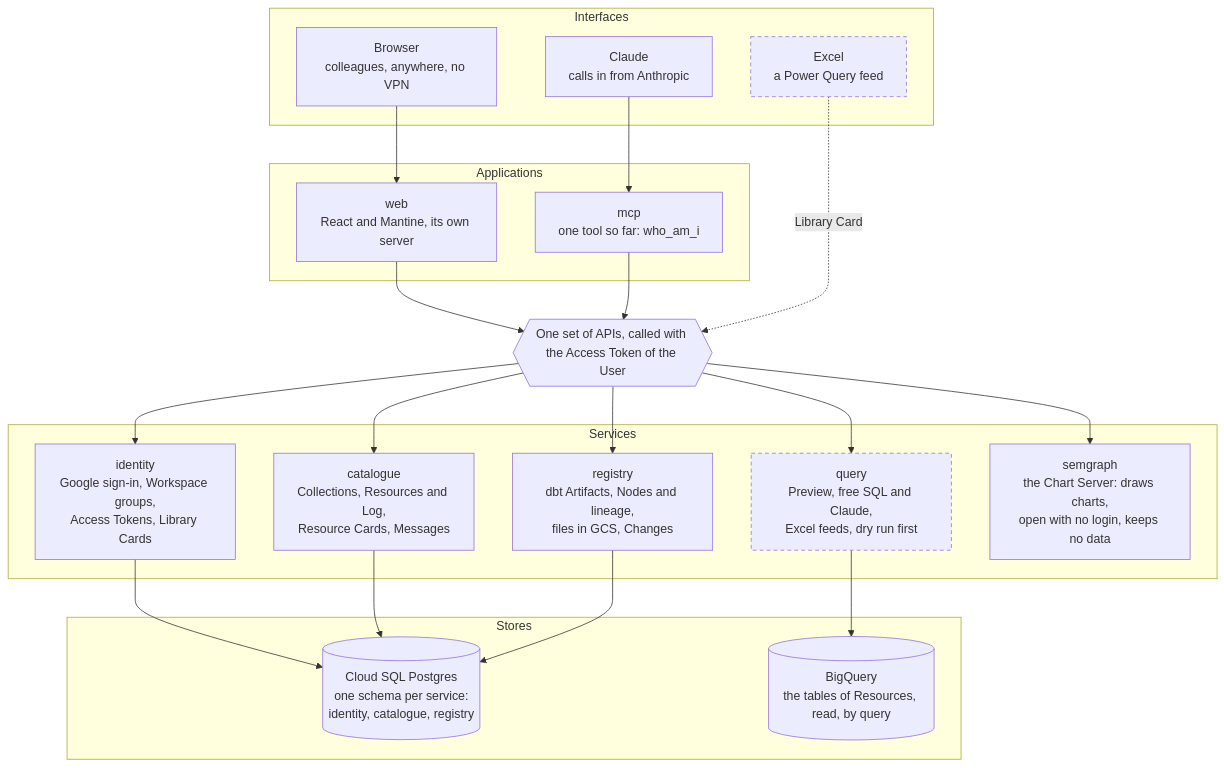
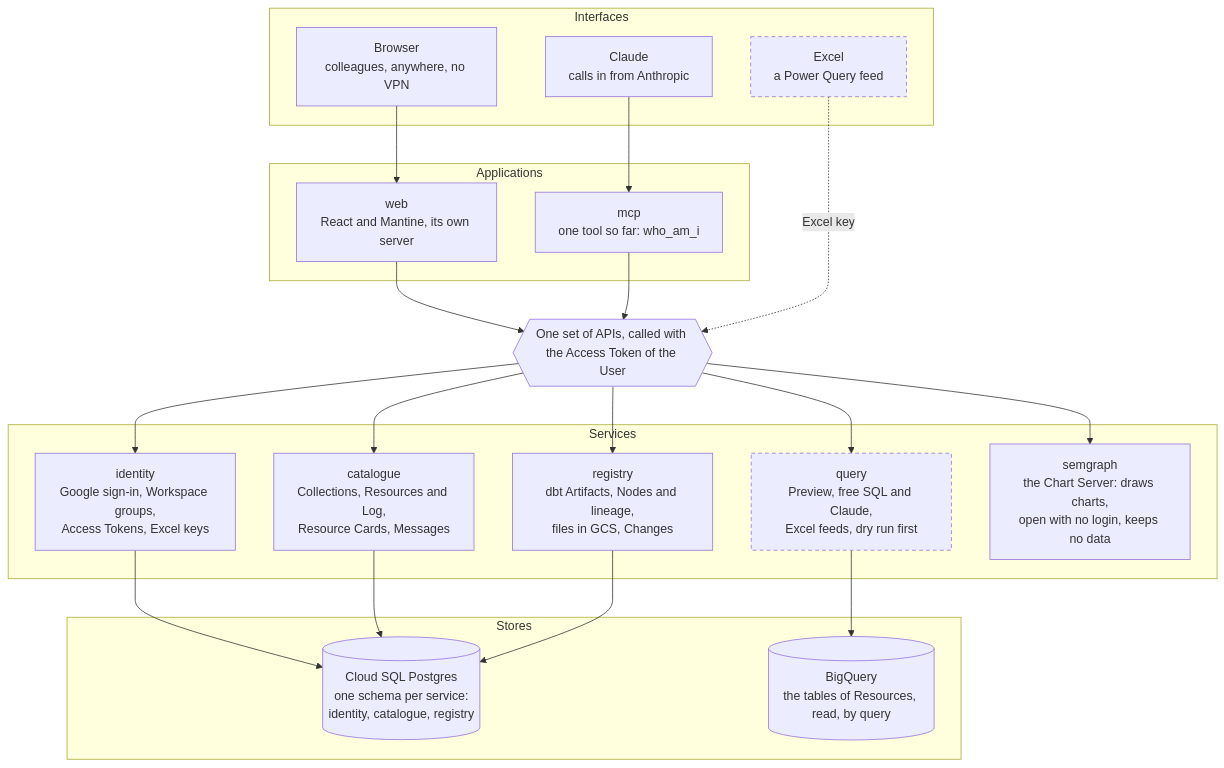
Before and after one commit to immoscoop-be/immoscoop-dataplatform-datahub: the second of 2 diagrams in docs/review/2026-10-25-functional-and-technical-review.md, drawn with Mermaid. The commit also changed other lines of this file and 50 other files, not shown here.

First line of the commit message:
Excel keys on My page; documentation is the Learning Cards; context for the Promotion Loop

````diff
--- a/docs/review/2026-10-25-functional-and-technical-review.md
+++ b/docs/review/2026-10-25-functional-and-technical-review.md
@@ -144,34 +144,34 @@
 ```mermaid
 flowchart TB
   subgraph IF["Interfaces"]
     B["Browser<br/>colleagues, anywhere, no VPN"]
     C["Claude<br/>calls in from Anthropic"]
     X["Excel<br/>a Power Query feed"]
   end
   subgraph APPS["Applications"]
     WEB["web<br/>React and Mantine, its own server"]
     MCP["mcp<br/>one tool so far: who_am_i"]
   end
   API{{"One set of APIs, called with the Access Token of the User"}}
   subgraph SVC["Services"]
-    ID["identity<br/>Google sign-in, Workspace groups,<br/>Access Tokens, Library Cards"]
+    ID["identity<br/>Google sign-in, Workspace groups,<br/>Access Tokens, Excel keys"]
     CAT["catalogue<br/>Collections, Resources and Log,<br/>Resource Cards, Messages"]
     REG["registry<br/>dbt Artifacts, Nodes and lineage,<br/>files in GCS, Changes"]
     Q["query<br/>Preview, free SQL and Claude,<br/>Excel feeds, dry run first"]
     SG["semgraph<br/>the Chart Server: draws charts,<br/>open with no login, keeps no data"]
   end
   subgraph ST["Stores"]
     PG[("Cloud SQL Postgres<br/>one schema per service:<br/>identity, catalogue, registry")]
     BQ[("BigQuery<br/>the tables of Resources, read, by query")]
   end
   B --> WEB --> API
   C --> MCP --> API
-  X -. Library Card .-> API
+  X -. Excel key .-> API
   API --> ID & CAT & REG & Q & SG
   ID --> PG
   CAT --> PG
   REG --> PG
   Q --> BQ
   classDef planned stroke-dasharray:5 4
   class X,Q planned
 ```
````
